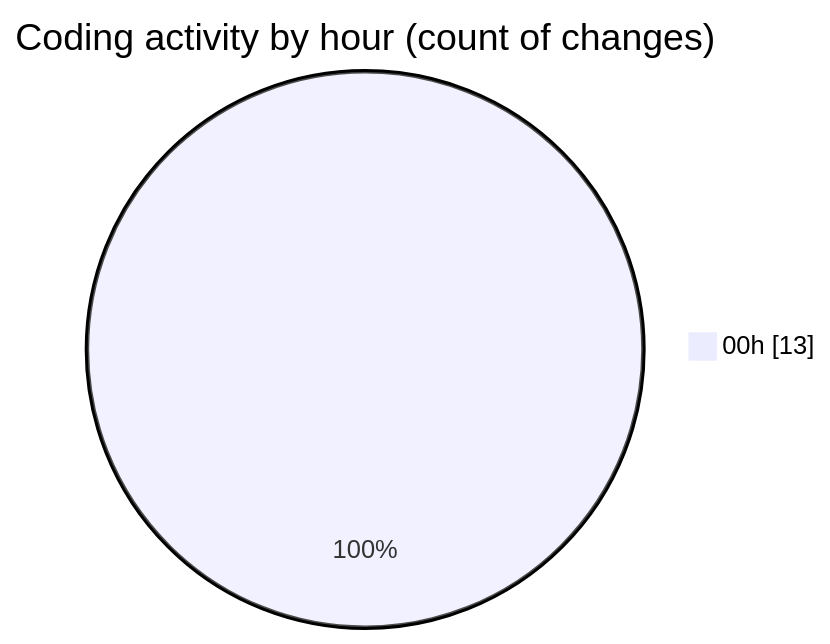
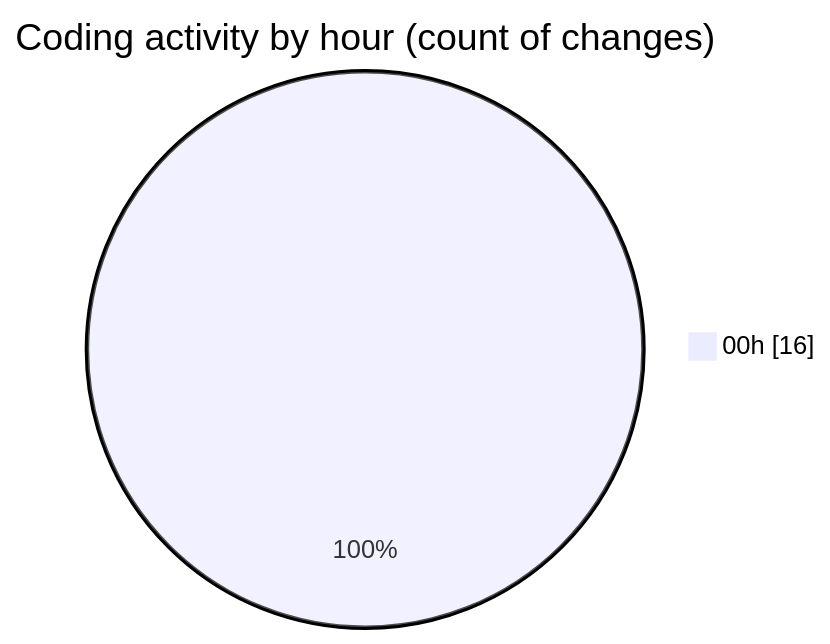
One commit to EIIisD/code-tracking changed the second of 2 diagrams in 2025-07-27/vtuber/README.md. Above: the diagram before and after it, drawn with Mermaid. The commit also changed other lines of this file and 1 other file, not shown here.

````diff
--- a/2025-07-27/vtuber/README.md
+++ b/2025-07-27/vtuber/README.md
@@ -35,5 +35,5 @@
 ```mermaid
 pie showData
 title Coding activity by hour (count of changes)
-"00h" : 13
+"00h" : 16
 ```
````
